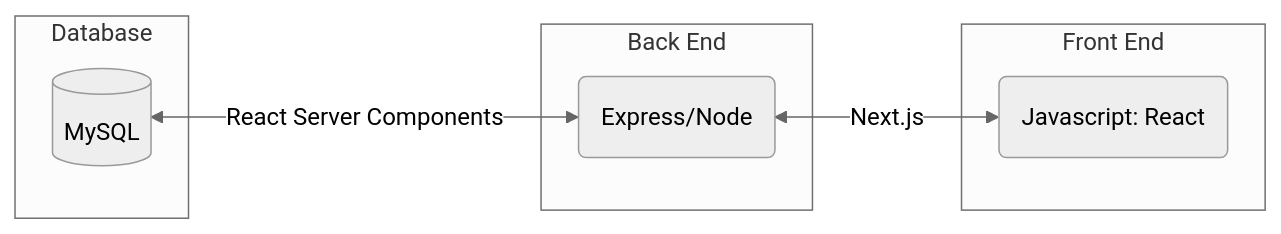
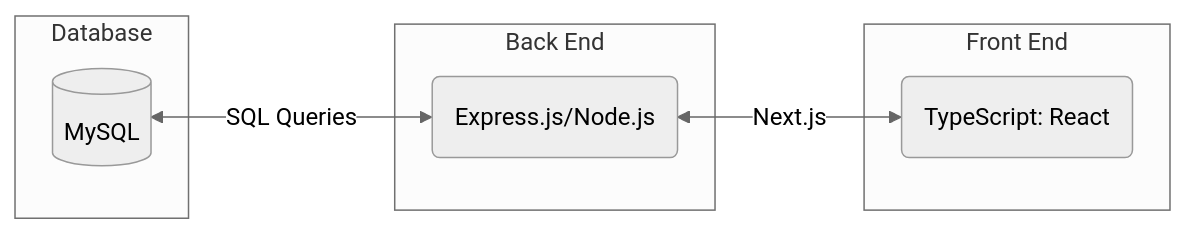
One commit to aayushb03/yahtzee changed the diagram in README.md. Above: the diagram before and after it, drawn with Mermaid (neutral theme). The commit also changed other lines of this file, not shown here.

Commit message:
Update README.md minor edits to mermaid tech stack

````diff
--- a/README.md
+++ b/README.md
@@ -115,17 +111,17 @@
 ```mermaid
 flowchart RL
 subgraph Front End
-	A(Javascript: React)
+	A(TypeScript: React)
 end
 	
 subgraph Back End
-	B(Express/Node)
+	B(Express.js/Node.js)
 end
 	
 subgraph Database
 	C[(MySQL)]
 end
 
 A <-->|Next.js| B
-B <-->|React Server Components| C
+B <-->|SQL Queries| C
 ```
````
